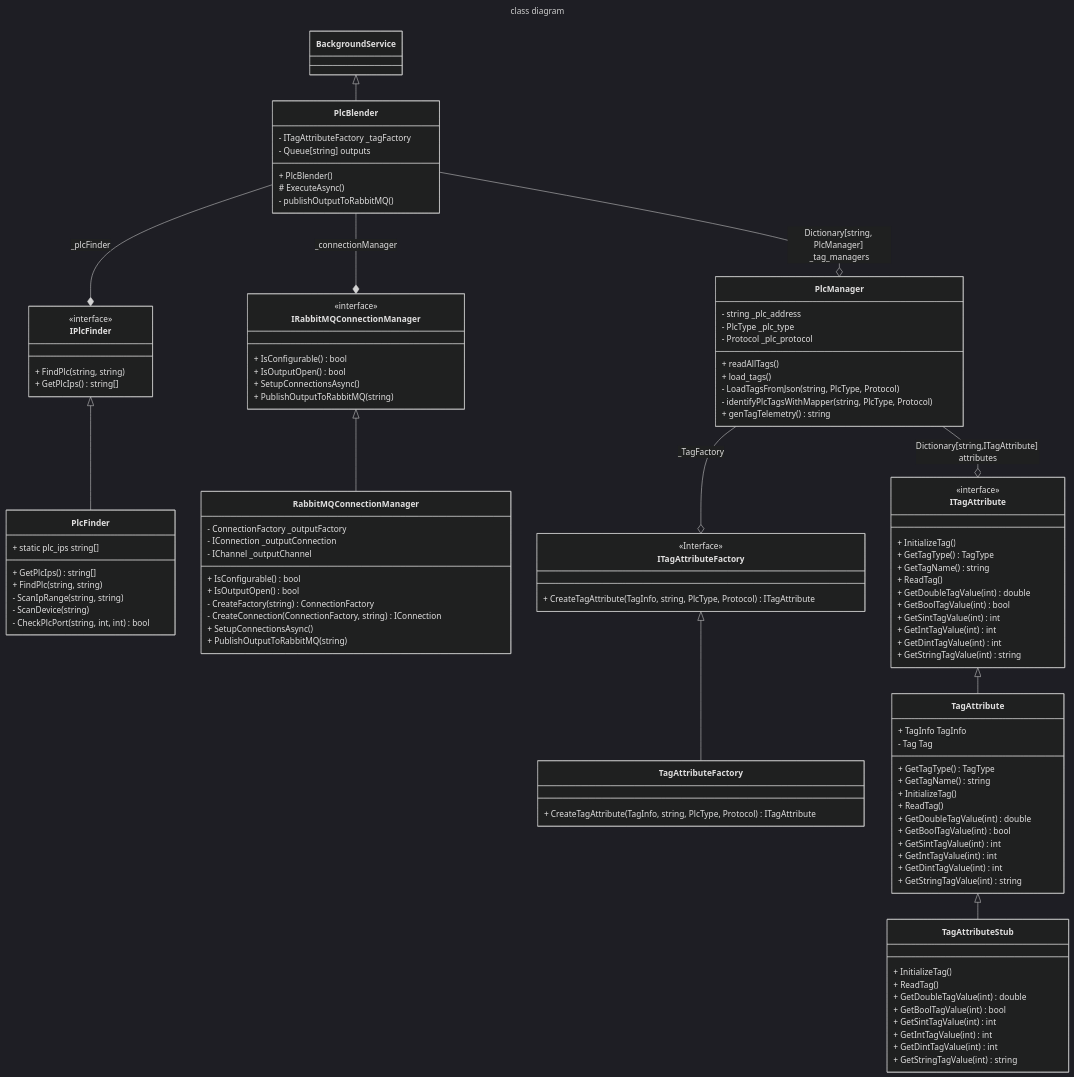
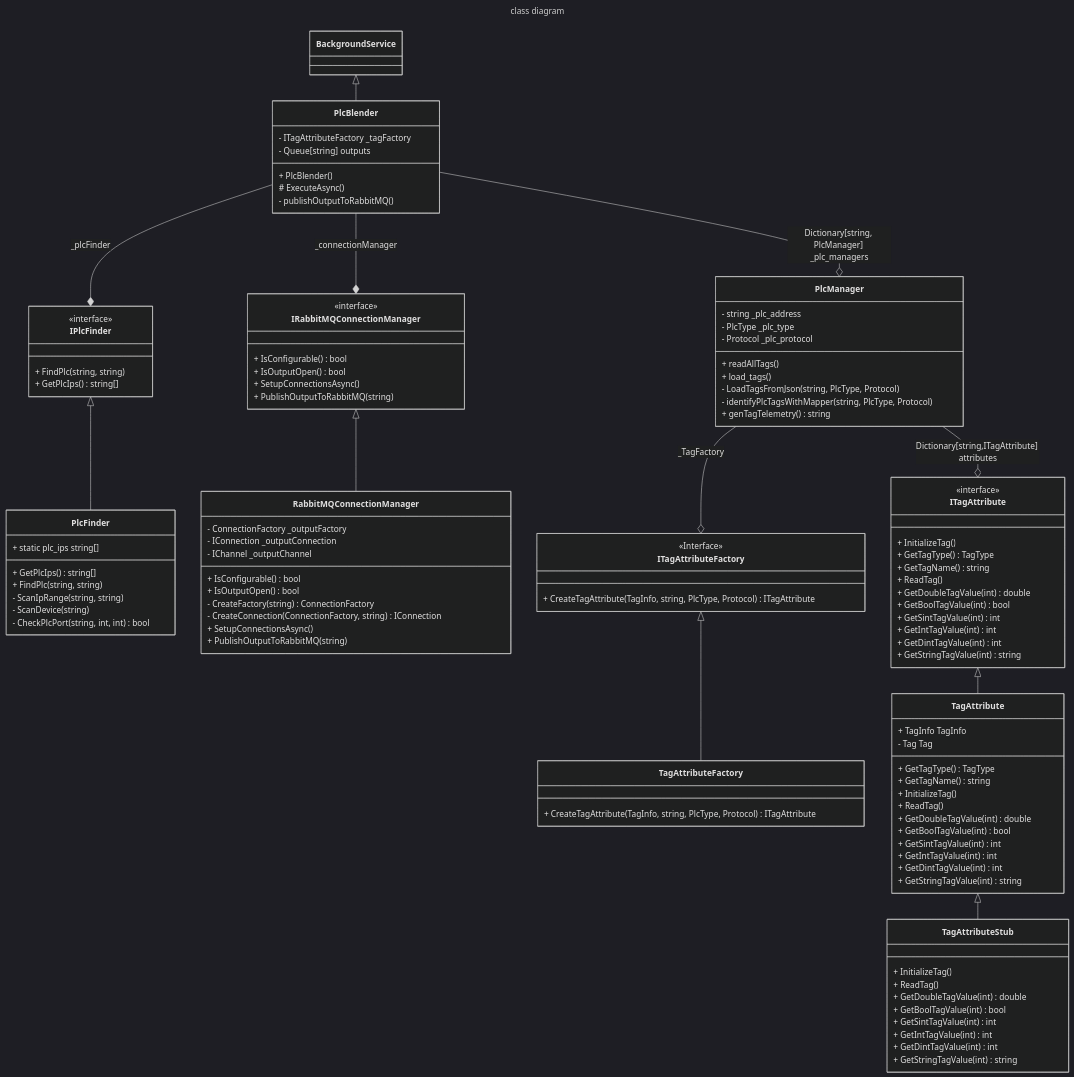
One commit to DJTakushi/ab_blender changed the second of 2 diagrams in readme.md. Above: the diagram before and after it, drawn with Mermaid (dark theme). The commit also changed 1 other file, not shown here.

Commit message:
_plc_managers renamed from _tag_managers

```diff
--- a/readme.md
+++ b/readme.md
@@ -56,7 +56,7 @@
 } 
 PlcBlender --* IRabbitMQConnectionManager  : _connectionManager
 PlcBlender --* IPlcFinder : _plcFinder 
-PlcBlender --o  PlcManager : Dictionary[string, PlcManager] _tag_managers
+PlcBlender --o  PlcManager : Dictionary[string, PlcManager] _plc_managers
 
 IPlcFinder <|-- PlcFinder
 IRabbitMQConnectionManager <|-- RabbitMQConnectionManager
```
